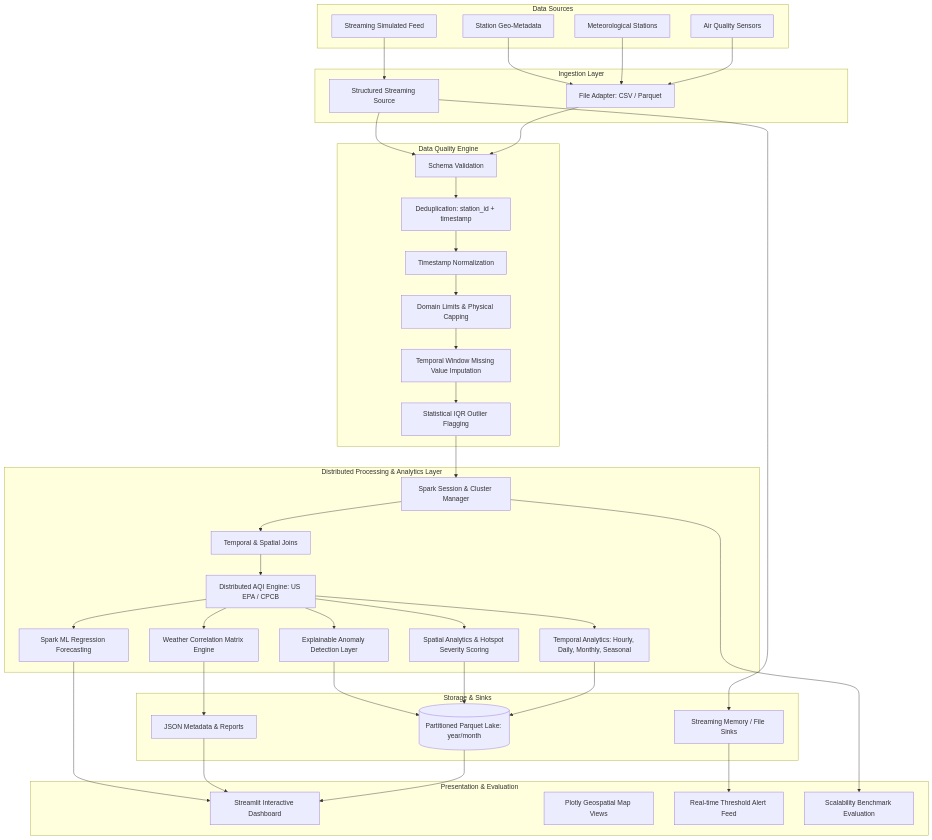
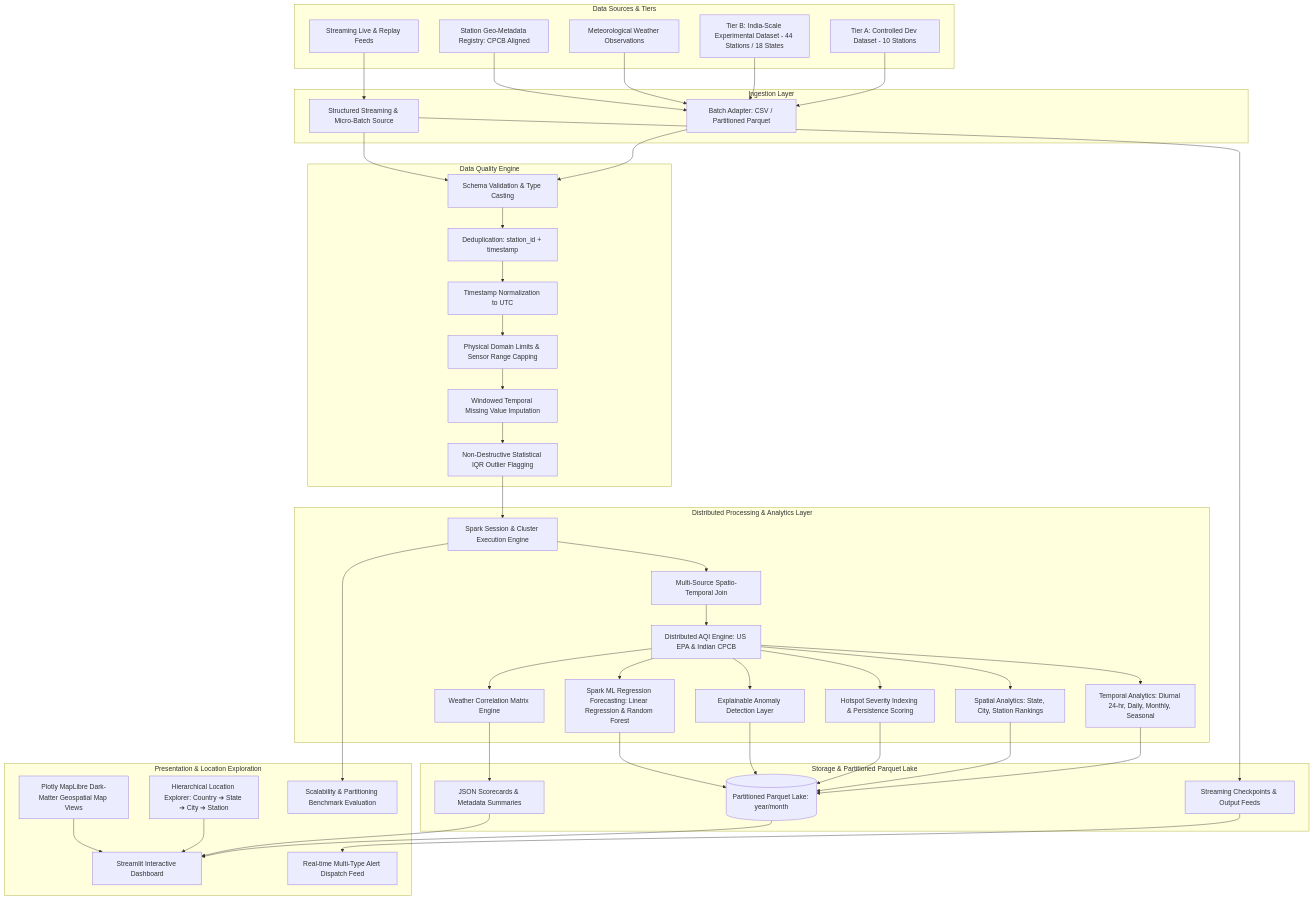
The diagram in docs/architecture.md (deioncolaco28/AirSpark), drawn with Mermaid before and after one commit. The commit also changed other lines of this file and 29 other files, not shown here.

Commit message:
Add India-scale location-aware analytics

````diff
--- a/docs/architecture.md
+++ b/docs/architecture.md
@@ -9,54 +9,58 @@
 ```mermaid
 flowchart TD
-    subgraph Data Sources
-        DS1[Air Quality Sensors]
-        DS2[Meteorological Stations]
-        DS3[Station Geo-Metadata]
-        DS4[Streaming Simulated Feed]
+    subgraph Data Sources & Tiers
+        DS1[Tier A: Controlled Dev Dataset - 10 Stations]
+        DS2[Tier B: India-Scale Experimental Dataset - 44 Stations / 18 States]
+        DS3[Meteorological Weather Observations]
+        DS4[Station Geo-Metadata Registry: CPCB Aligned]
+        DS5[Streaming Live & Replay Feeds]
     end
 
     subgraph Ingestion Layer
-        IN1[File Adapter: CSV / Parquet]
-        IN2[Structured Streaming Source]
+        IN1[Batch Adapter: CSV / Partitioned Parquet]
+        IN2[Structured Streaming & Micro-Batch Source]
     end
 
     subgraph Data Quality Engine
-        DQ1[Schema Validation]
+        DQ1[Schema Validation & Type Casting]
         DQ2[Deduplication: station_id + timestamp]
-        DQ3[Timestamp Normalization]
-        DQ4[Domain Limits & Physical Capping]
-        DQ5[Temporal Window Missing Value Imputation]
-        DQ6[Statistical IQR Outlier Flagging]
+        DQ3[Timestamp Normalization to UTC]
+        DQ4[Physical Domain Limits & Sensor Range Capping]
+        DQ5[Windowed Temporal Missing Value Imputation]
+        DQ6[Non-Destructive Statistical IQR Outlier Flagging]
     end
 
     subgraph Distributed Processing & Analytics Layer
-        SP1[Spark Session & Cluster Manager]
-        SP2[Temporal & Spatial Joins]
-        SP3[Distributed AQI Engine: US EPA / CPCB]
-        SP4[Temporal Analytics: Hourly, Daily, Monthly, Seasonal]
-        SP5[Spatial Analytics & Hotspot Severity Scoring]
-        SP6[Weather Correlation Matrix Engine]
-        SP7[Explainable Anomaly Detection Layer]
-        SP8[Spark ML Regression Forecasting]
+        SP1[Spark Session & Cluster Execution Engine]
+        SP2[Multi-Source Spatio-Temporal Join]
+        SP3[Distributed AQI Engine: US EPA & Indian CPCB]
+        SP4[Temporal Analytics: Diurnal 24-hr, Daily, Monthly, Seasonal]
+        SP5[Spatial Analytics: State, City, Station Rankings]
+        SP6[Hotspot Severity Indexing & Persistence Scoring]
+        SP7[Weather Correlation Matrix Engine]
+        SP8[Explainable Anomaly Detection Layer]
+        SP9[Spark ML Regression Forecasting: Linear Regression & Random Forest]
     end
 
-    subgraph Storage & Sinks
+    subgraph Storage & Partitioned Parquet Lake
         ST1[(Partitioned Parquet Lake: year/month)]
-        ST2[Streaming Memory / File Sinks]
-        ST3[JSON Metadata & Reports]
+        ST2[Streaming Checkpoints & Output Feeds]
+        ST3[JSON Scorecards & Metadata Summaries]
     end
 
-    subgraph Presentation & Evaluation
+    subgraph Presentation & Location Exploration
         UI1[Streamlit Interactive Dashboard]
-        UI2[Plotly Geospatial Map Views]
-        UI3[Real-time Threshold Alert Feed]
-        UI4[Scalability Benchmark Evaluation]
+        UI2[Hierarchical Location Explorer: Country ➔ State ➔ City ➔ Station]
+        UI3[Plotly MapLibre Dark-Matter Geospatial Map Views]
+        UI4[Real-time Multi-Type Alert Dispatch Feed]
+        UI5[Scalability & Partitioning Benchmark Evaluation]
     end
 
     DS1 --> IN1
     DS2 --> IN1
     DS3 --> IN1
-    DS4 --> IN2
+    DS4 --> IN1
+    DS5 --> IN2
 
     IN1 --> DQ1
     IN2 --> DQ1
@@ -70,16 +74,20 @@
     SP3 --> SP6
     SP3 --> SP7
     SP3 --> SP8
+    SP3 --> SP9
 
     SP4 --> ST1
     SP5 --> ST1
-    SP6 --> ST3
-    SP7 --> ST1
+    SP6 --> ST1
+    SP7 --> ST3
+    SP8 --> ST1
+    SP9 --> ST1
     IN2 --> ST2
 
     ST1 --> UI1
     ST3 --> UI1
-    ST2 --> UI3
-    SP8 --> UI1
-    SP1 --> UI4
+    ST2 --> UI4
+    UI2 --> UI1
+    UI3 --> UI1
+    SP1 --> UI5
 ```
````
